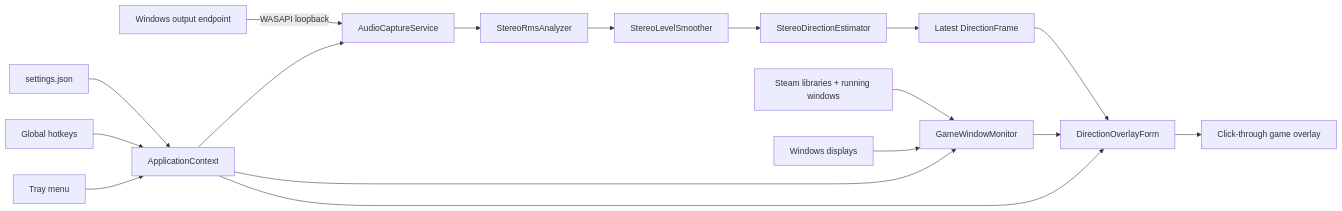
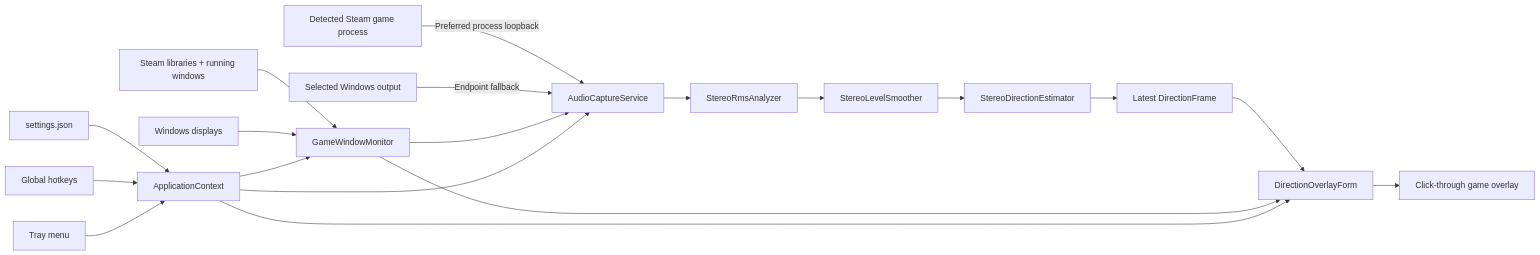
One commit to SamiKamara/SoundDirectionVisualizer changed the diagram in docs/ARCHITECTURE.md. Above: the diagram before and after it, drawn with Mermaid. The commit also changed other lines of this file and 14 other files, not shown here.

Commit message:
Prefer detected game audio capture

````diff
--- a/docs/ARCHITECTURE.md
+++ b/docs/ARCHITECTURE.md
@@ -39,21 +39,23 @@
 ```mermaid
 flowchart LR
-  WindowsAudio["Windows output endpoint"] -->|"WASAPI loopback"| Capture["AudioCaptureService"]
+  GameAudio["Detected Steam game process"] -->|"Preferred process loopback"| Capture["AudioCaptureService"]
+  WindowsAudio["Selected Windows output"] -->|"Endpoint fallback"| Capture
   Capture --> Samples["StereoRmsAnalyzer"]
   Samples --> Smooth["StereoLevelSmoother"]
   Smooth --> Estimate["StereoDirectionEstimator"]
   Estimate --> Latest["Latest DirectionFrame"]
   Latest --> Overlay["DirectionOverlayForm"]
   Overlay --> Game["Click-through game overlay"]
 
   Steam["Steam libraries + running windows"] --> Target["GameWindowMonitor"]
   Screens["Windows displays"] --> Target
   Target --> Overlay
+  Target --> Capture
 
   Settings["settings.json"] --> Coordinator["ApplicationContext"]
   Hotkeys["Global hotkeys"] --> Coordinator
   Tray["Tray menu"] --> Coordinator
   Coordinator --> Capture
   Coordinator --> Overlay
   Coordinator --> Target
 ```
````
